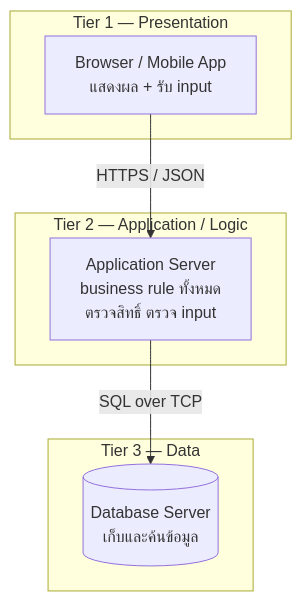
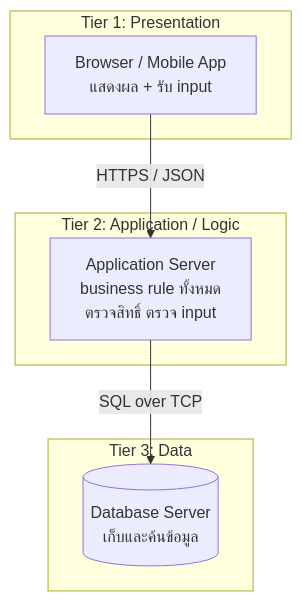
One commit to CE-SDPX/SDPX-AI changed the sixth of 25 diagrams in readings/04-system-architecture-design.md. Above: the diagram before and after it, drawn with Mermaid. The commit also changed other lines of this file and 6 other files, not shown here.

````diff
--- a/readings/04-system-architecture-design.md
+++ b/readings/04-system-architecture-design.md
@@ -200,15 +199,15 @@
 ```mermaid
 flowchart TB
-    subgraph t1["Tier 1 — Presentation"]
+    subgraph t1["Tier 1: Presentation"]
         BR["Browser / Mobile App<br/>แสดงผล + รับ input"]
     end
-    subgraph t2["Tier 2 — Application / Logic"]
+    subgraph t2["Tier 2: Application / Logic"]
         APP["Application Server<br/>business rule ทั้งหมด<br/>ตรวจสิทธิ์ ตรวจ input"]
     end
-    subgraph t3["Tier 3 — Data"]
+    subgraph t3["Tier 3: Data"]
         DB[("Database Server<br/>เก็บและค้นข้อมูล")]
     end
 
     BR -->|"HTTPS / JSON"| APP
     APP -->|"SQL over TCP"| DB
 ```
````
